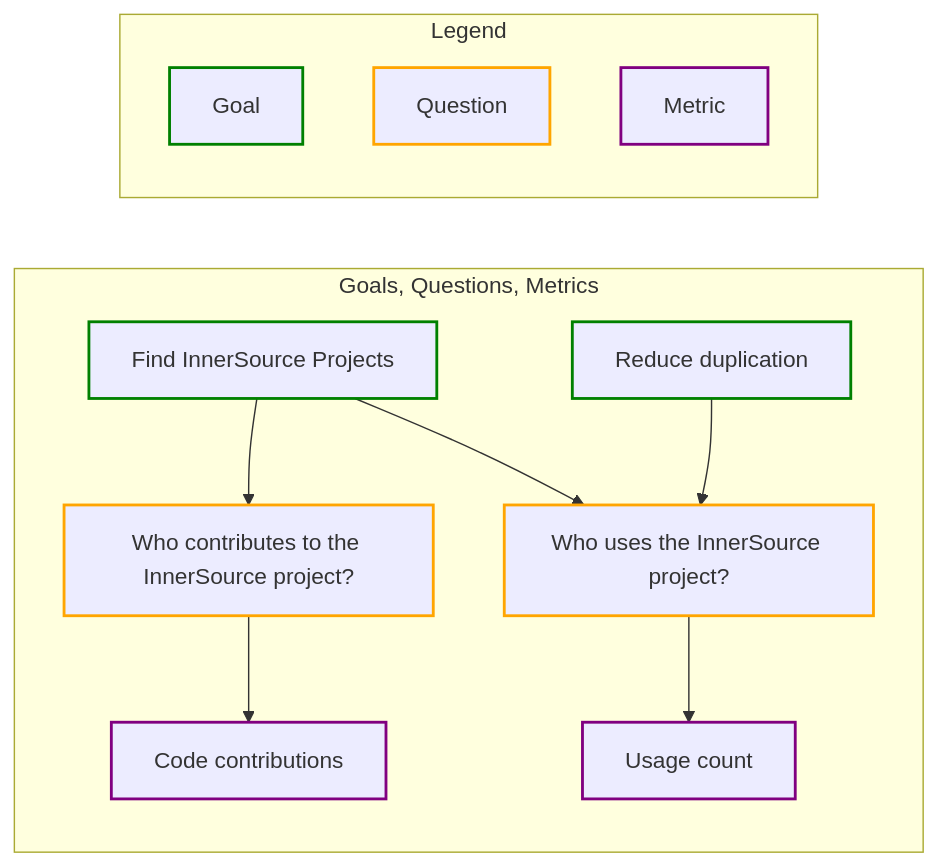
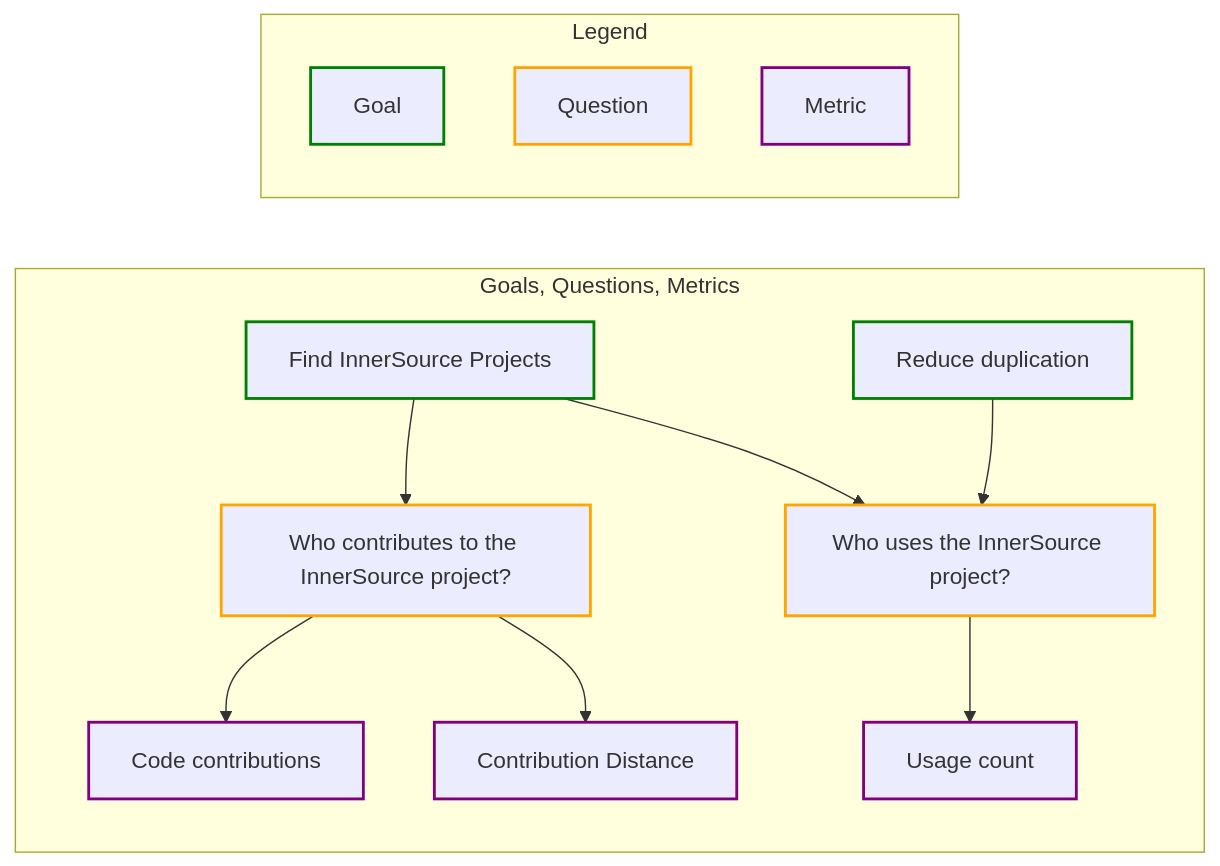
The diagram in measuring/use_gqm.md (InnerSourceCommons/managing-innersource-projects), drawn with Mermaid before and after one commit. The commit also changed 1 other file, not shown here.

Commit message:
fix: update the right file!

````diff
--- a/measuring/use_gqm.md
+++ b/measuring/use_gqm.md
@@ -31,50 +31,53 @@
 ```mermaid
 graph LR;
 
     subgraph GQM[Goals, Questions, Metrics]
 
     %% begin nodes
     find-projects.md[Find InnerSource Projects]
     reduce-duplication.md[Reduce duplication]
     who-contributes.md[Who contributes to the InnerSource project?]
     who-uses.md[Who uses the InnerSource project?]
     code-contributions.md[Code contributions]
+    contribution-distance.md[Contribution Distance]
     usage-count.md[Usage count]
     %% end nodes
 
     %% begin edges
     find-projects.md-->who-uses.md
     find-projects.md-->who-contributes.md
     reduce-duplication.md-->who-uses.md
     who-contributes.md-->code-contributions.md
+    who-contributes.md-->contribution-distance.md
     who-uses.md-->usage-count.md
     %% end edges
 
     %% begin clicks
-    click find-projects.md "https://github.com/InnerSourceCommons/managing-inner-source-projects/blob/main/measuring/goals/find-projects.md" "Find InnerSource Projects" _blank
+    click find-projects.md "https://github.com/InnerSourceCommons/managing-inner-source-projects/blob/main/measuring/goals/find-projects.md" "Find InnerSource Projects"
     click reduce-duplication.md "https://github.com/InnerSourceCommons/managing-inner-source-projects/blob/main/measuring/goals/reduce-duplication.md" "Reduce duplication"
     click who-contributes.md "https://github.com/InnerSourceCommons/managing-inner-source-projects/blob/main/measuring/questions/who-contributes.md" "Who contributes to the InnerSource project?"
     click who-uses.md "https://github.com/InnerSourceCommons/managing-inner-source-projects/blob/main/measuring/questions/who-uses.md" "Who uses the InnerSource project?"
     click code-contributions.md "https://github.com/InnerSourceCommons/managing-inner-source-projects/blob/main/measuring/metrics/code-contributions.md" "Code contributions"
+    click contribution-distance.md "https://github.com/InnerSourceCommons/managing-inner-source-projects/blob/main/measuring/metrics/contribution-distance.md" "Contribution Distance"
     click usage-count.md "https://github.com/InnerSourceCommons/managing-inner-source-projects/blob/main/measuring/metrics/usage-count.md" "Usage count"
     %% end clicks
 
   end
       subgraph Legend
         direction TB
 
         goal[Goal]
         question[Question]
         metric[Metric]
 
         classDef goals stroke:green,stroke-width:2px;
         class goal,find-projects.md,reduce-duplication.md goals
 
         classDef questions stroke:orange,stroke-width:2px;
         class question,who-contributes.md,who-uses.md questions
 
         classDef metrics stroke:purple,stroke-width:2px;
-        class metric,code-contributions.md,usage-count.md metrics
+        class metric,code-contributions.md,contribution-distance.md,usage-count.md metrics
       end  
   
 ```
````
